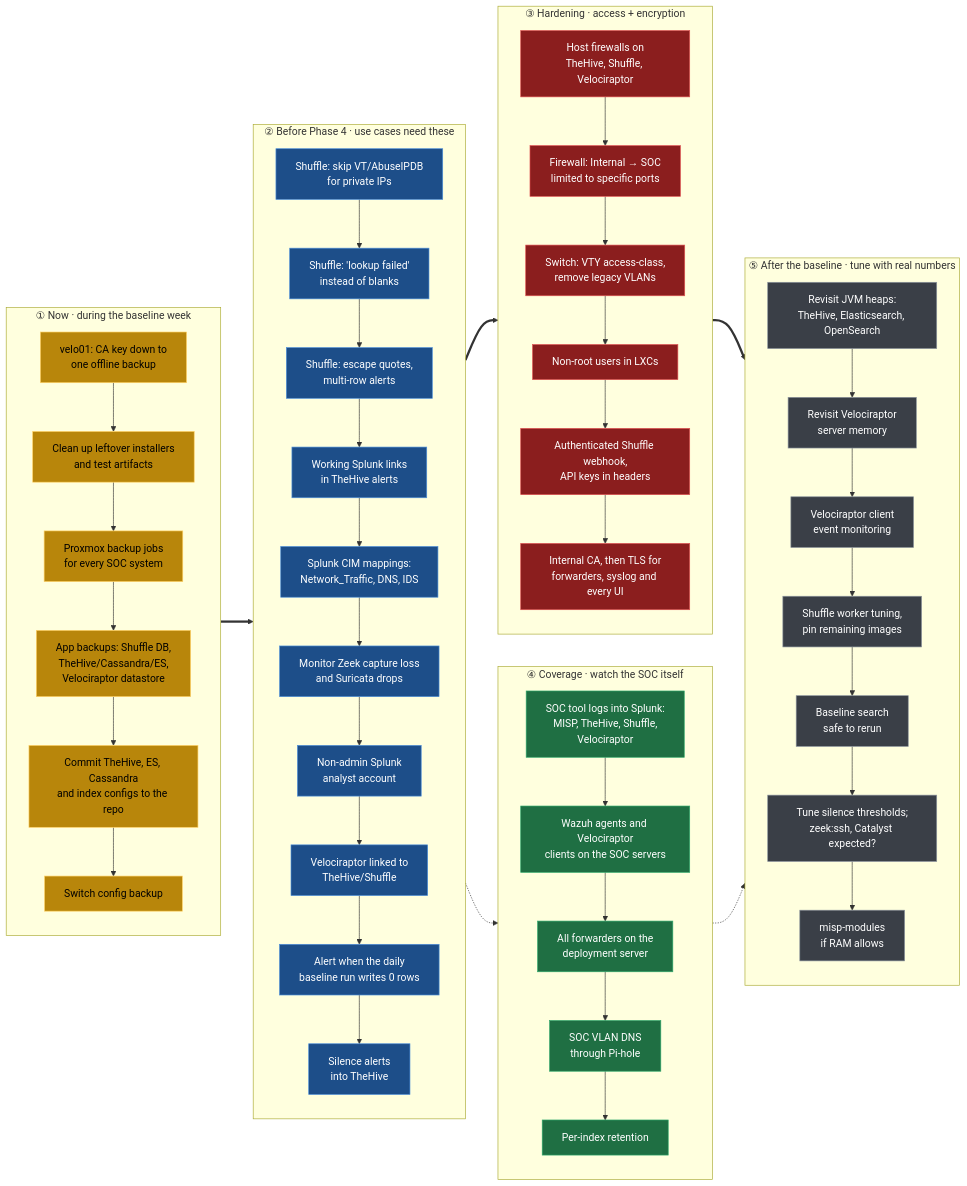
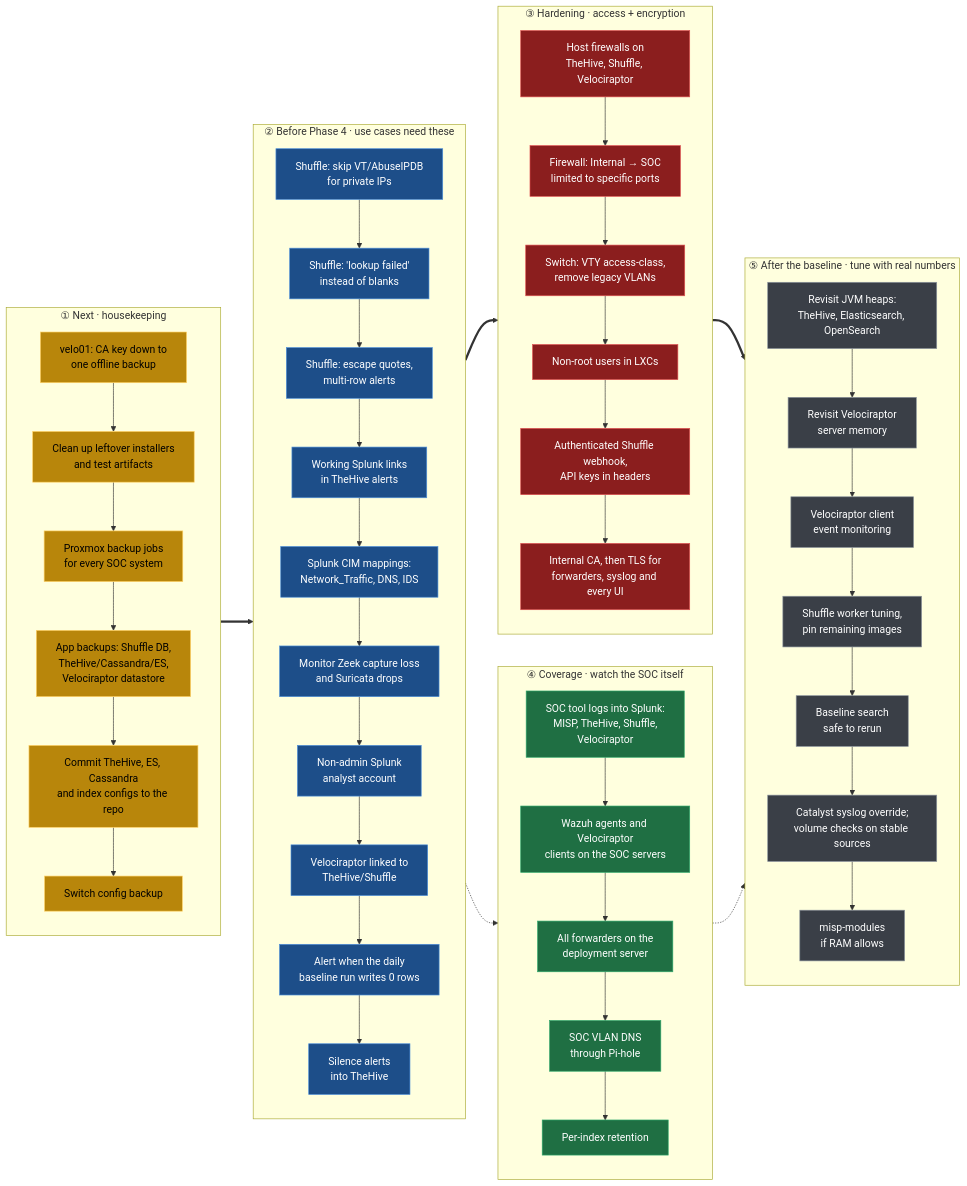
Before and after one commit to caleb57912/SOC-Homelab: the third of 3 diagrams in 00-START-HERE-Build-Log/ROADMAP.md, drawn with Mermaid. The commit also changed other lines of this file and 15 other files, not shown here.

Commit message:
3.4 Baseline week: 11-day findings, silence alert retuned from recorded gaps, Phase 3 complete

````diff
--- a/00-START-HERE-Build-Log/ROADMAP.md
+++ b/00-START-HERE-Build-Log/ROADMAP.md
@@ -73,77 +73,77 @@
 ```mermaid
 flowchart LR
-    subgraph T1["① Now · during the baseline week"]
+    subgraph T1["① Next · housekeeping"]
         direction TB
         a1["velo01: CA key down to<br/>one offline backup"]
         a2["Clean up leftover installers<br/>and test artifacts"]
         a3["Proxmox backup jobs<br/>for every SOC system"]
         a4["App backups: Shuffle DB,<br/>TheHive/Cassandra/ES,<br/>Velociraptor datastore"]
         a5["Commit TheHive, ES, Cassandra<br/>and index configs to the repo"]
         a6["Switch config backup"]
         a1 --> a2 --> a3 --> a4 --> a5 --> a6
     end
 
     subgraph T2["② Before Phase 4 · use cases need these"]
         direction TB
         b1["Shuffle: skip VT/AbuseIPDB<br/>for private IPs"]
         b2["Shuffle: 'lookup failed'<br/>instead of blanks"]
         b3["Shuffle: escape quotes,<br/>multi-row alerts"]
         b4["Working Splunk links<br/>in TheHive alerts"]
         b5["Splunk CIM mappings:<br/>Network_Traffic, DNS, IDS"]
         b6["Monitor Zeek capture loss<br/>and Suricata drops"]
         b7["Non-admin Splunk<br/>analyst account"]
         b8["Velociraptor linked to<br/>TheHive/Shuffle"]
         b9["Alert when the daily<br/>baseline run writes 0 rows"]
         b10["Silence alerts<br/>into TheHive"]
         b1 --> b2 --> b3 --> b4 --> b5 --> b6 --> b7 --> b8 --> b9 --> b10
     end
 
     subgraph T3["③ Hardening · access + encryption"]
         direction TB
         c1["Host firewalls on<br/>TheHive, Shuffle, Velociraptor"]
         c2["Firewall: Internal → SOC<br/>limited to specific ports"]
         c3["Switch: VTY access-class,<br/>remove legacy VLANs"]
         c4["Non-root users in LXCs"]
         c5["Authenticated Shuffle webhook,<br/>API keys in headers"]
         c6["Internal CA, then TLS for<br/>forwarders, syslog and every UI"]
         c1 --> c2 --> c3 --> c4 --> c5 --> c6
     end
 
     subgraph T4["④ Coverage · watch the SOC itself"]
         direction TB
         d1["SOC tool logs into Splunk:<br/>MISP, TheHive, Shuffle,<br/>Velociraptor"]
         d2["Wazuh agents and Velociraptor<br/>clients on the SOC servers"]
         d3["All forwarders on the<br/>deployment server"]
         d4["SOC VLAN DNS<br/>through Pi-hole"]
         d5["Per-index retention"]
         d1 --> d2 --> d3 --> d4 --> d5
     end
 
     subgraph T5["⑤ After the baseline · tune with real numbers"]
         direction TB
         e1["Revisit JVM heaps:<br/>TheHive, Elasticsearch, OpenSearch"]
         e2["Revisit Velociraptor<br/>server memory"]
         e3["Velociraptor client<br/>event monitoring"]
         e4["Shuffle worker tuning,<br/>pin remaining images"]
         e5["Baseline search<br/>safe to rerun"]
-        e6["Tune silence thresholds;<br/>zeek:ssh, Catalyst expected?"]
+        e6["Catalyst syslog override;<br/>volume checks on stable sources"]
         e7["misp-modules<br/>if RAM allows"]
         e1 --> e2 --> e3 --> e4 --> e5 --> e6 --> e7
     end
 
     T1 ==> T2 ==> T3
     T2 -.-> T4
     T3 ==> T5
     T4 -.-> T5
 
     classDef now fill:#b8860b,stroke:#ffd166,color:#000000
     classDef pre fill:#1d4e89,stroke:#4c8ed9,color:#ffffff
     classDef hard fill:#8b1e1e,stroke:#e05252,color:#ffffff
     classDef cov fill:#1f6f43,stroke:#2ea86b,color:#ffffff
     classDef tune fill:#3a3f47,stroke:#8a929c,color:#ffffff
     class a1,a2,a3,a4,a5,a6 now
     class b1,b2,b3,b4,b5,b6,b7,b8,b9,b10 pre
     class c1,c2,c3,c4,c5,c6 hard
     class d1,d2,d3,d4,d5 cov
     class e1,e2,e3,e4,e5,e6,e7 tune
 ```
````
